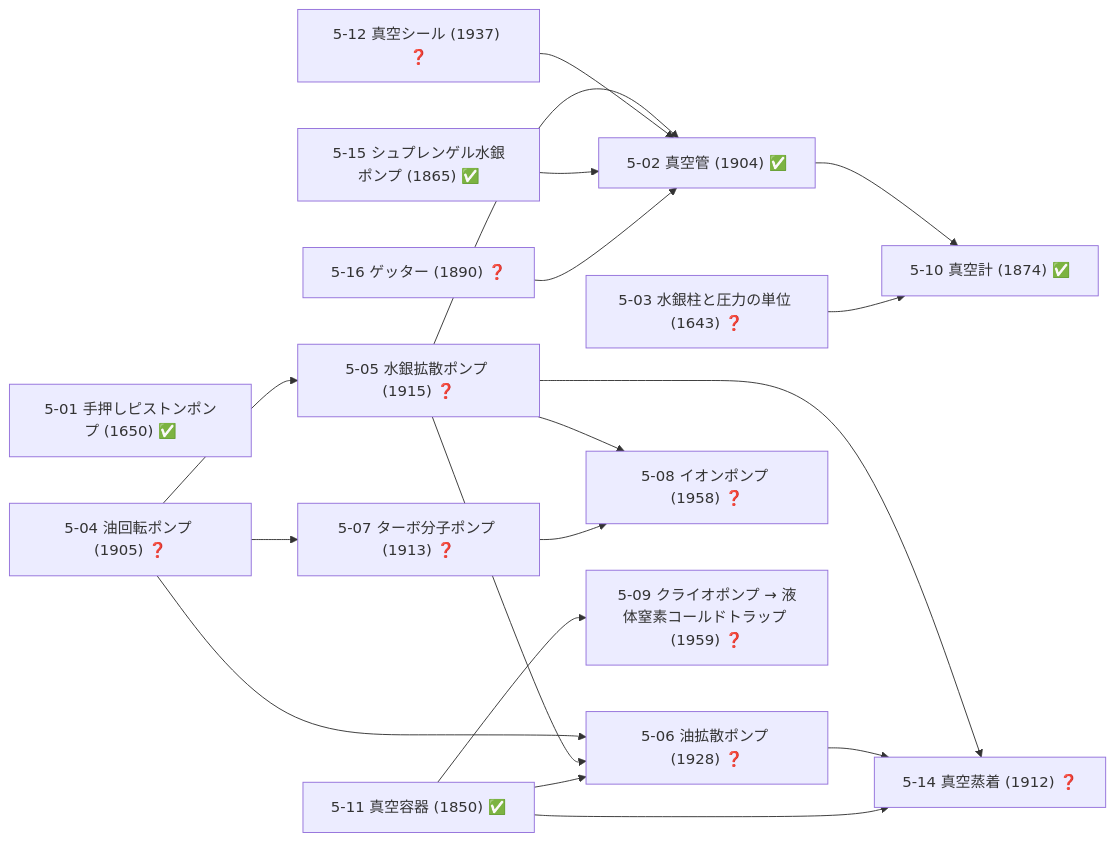
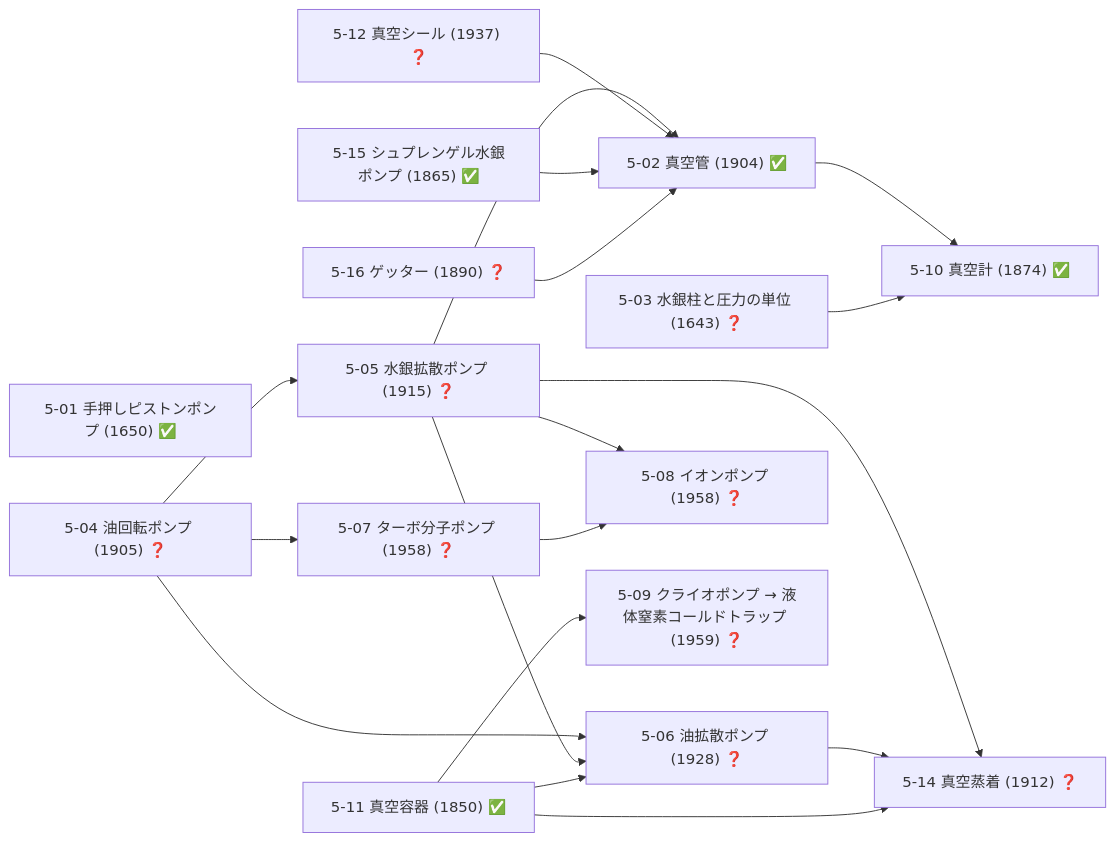
Before and after one commit to taku3i0317-collab/semiconductor-lab: the eighth of 19 diagrams in docs/TECH_TREE_VIEW.md, drawn with Mermaid. The commit also changed other lines of this file and 7 other files, not shown here.

````diff
--- a/docs/TECH_TREE_VIEW.md
+++ b/docs/TECH_TREE_VIEW.md
@@ -377,35 +377,35 @@
 ```mermaid
 graph LR
   n5_01["5-01 手押しピストンポンプ (1650) ✅"]
   n5_02["5-02 真空管 (1904) ✅"]
   n5_03["5-03 水銀柱と圧力の単位 (1643) ❓"]
   n5_04["5-04 油回転ポンプ (1905) ❓"]
   n5_05["5-05 水銀拡散ポンプ (1915) ❓"]
   n5_06["5-06 油拡散ポンプ (1928) ❓"]
-  n5_07["5-07 ターボ分子ポンプ (1913) ❓"]
+  n5_07["5-07 ターボ分子ポンプ (1958) ❓"]
   n5_08["5-08 イオンポンプ (1958) ❓"]
   n5_09["5-09 クライオポンプ → 液体窒素コールドトラップ (1959) ❓"]
   n5_10["5-10 真空計 (1874) ✅"]
   n5_11["5-11 真空容器 (1850) ✅"]
   n5_12["5-12 真空シール (1937) ❓"]
   n5_14["5-14 真空蒸着 (1912) ❓"]
   n5_15["5-15 シュプレンゲル水銀ポンプ (1865) ✅"]
   n5_16["5-16 ゲッター (1890) ❓"]
   n5_05-->n5_02
   n5_12-->n5_02
   n5_15-->n5_02
   n5_16-->n5_02
   n5_04-->n5_05
   n5_04-->n5_06
   n5_05-->n5_06
   n5_11-->n5_06
   n5_04-->n5_07
   n5_05-->n5_08
   n5_07-->n5_08
   n5_11-->n5_09
   n5_02-->n5_10
   n5_03-->n5_10
   n5_05-->n5_14
   n5_06-->n5_14
   n5_11-->n5_14
 ```
````
